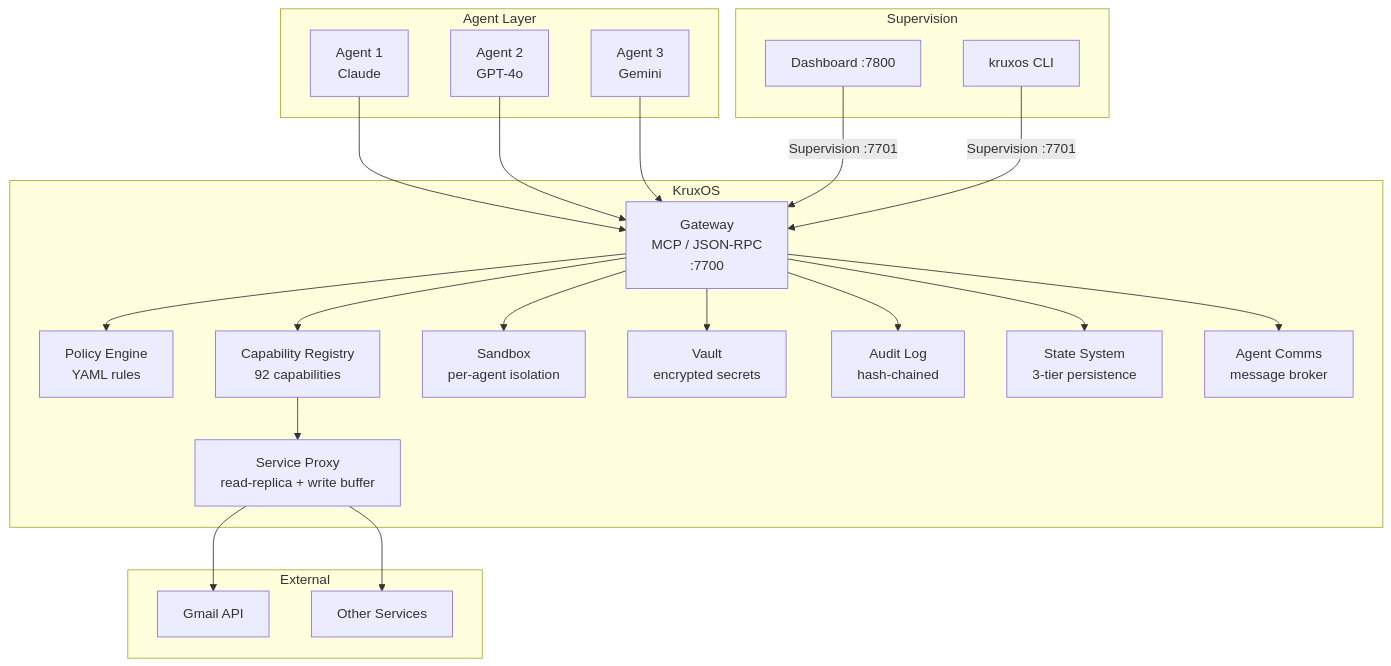
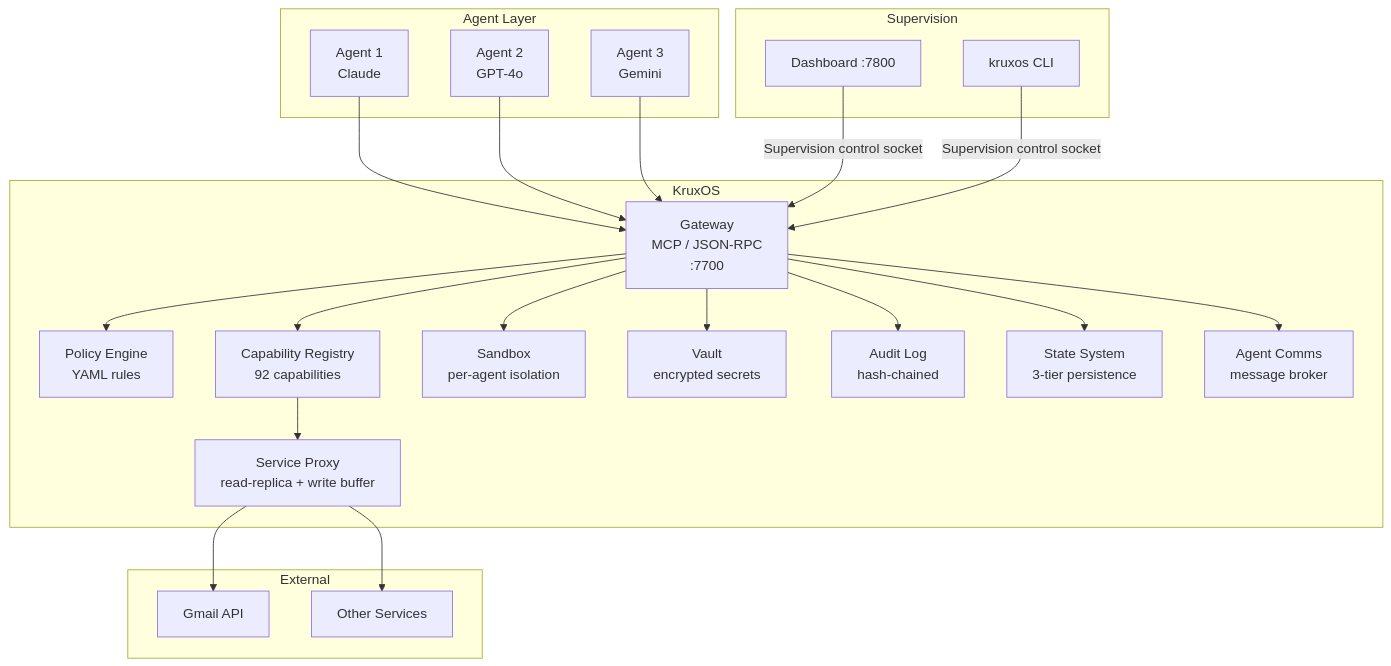
The diagram in docs/public/docs/enterprise/index.md (altvale/kruxos), drawn with Mermaid before and after one commit. The commit also changed 10 other files, not shown here.

````diff
--- a/docs/public/docs/enterprise/index.md
+++ b/docs/public/docs/enterprise/index.md
@@ -27,42 +27,42 @@
 ```mermaid
 graph TB
     subgraph "Agent Layer"
         A1[Agent 1<br/>Claude]
         A2[Agent 2<br/>GPT-4o]
         A3[Agent 3<br/>Gemini]
     end
 
     subgraph "KruxOS"
         GW[Gateway<br/>MCP / JSON-RPC<br/>:7700]
         PE[Policy Engine<br/>YAML rules]
         CR[Capability Registry<br/>92 capabilities]
         SB[Sandbox<br/>per-agent isolation]
         VT[Vault<br/>encrypted secrets]
         AL[Audit Log<br/>hash-chained]
         SP[Service Proxy<br/>read-replica + write buffer]
         ST[State System<br/>3-tier persistence]
         CM[Agent Comms<br/>message broker]
     end
 
     subgraph "External"
         Gmail[Gmail API]
         Other[Other Services]
     end
 
     subgraph "Supervision"
         DB[Dashboard :7800]
         CLI[kruxos CLI]
     end
 
     A1 & A2 & A3 --> GW
     GW --> PE
     GW --> CR
     GW --> SB
     GW --> VT
     GW --> AL
     CR --> SP
     SP --> Gmail & Other
     GW --> ST
     GW --> CM
-    DB & CLI -->|Supervision :7701| GW
+    DB & CLI -->|Supervision control socket| GW
 ```
````
